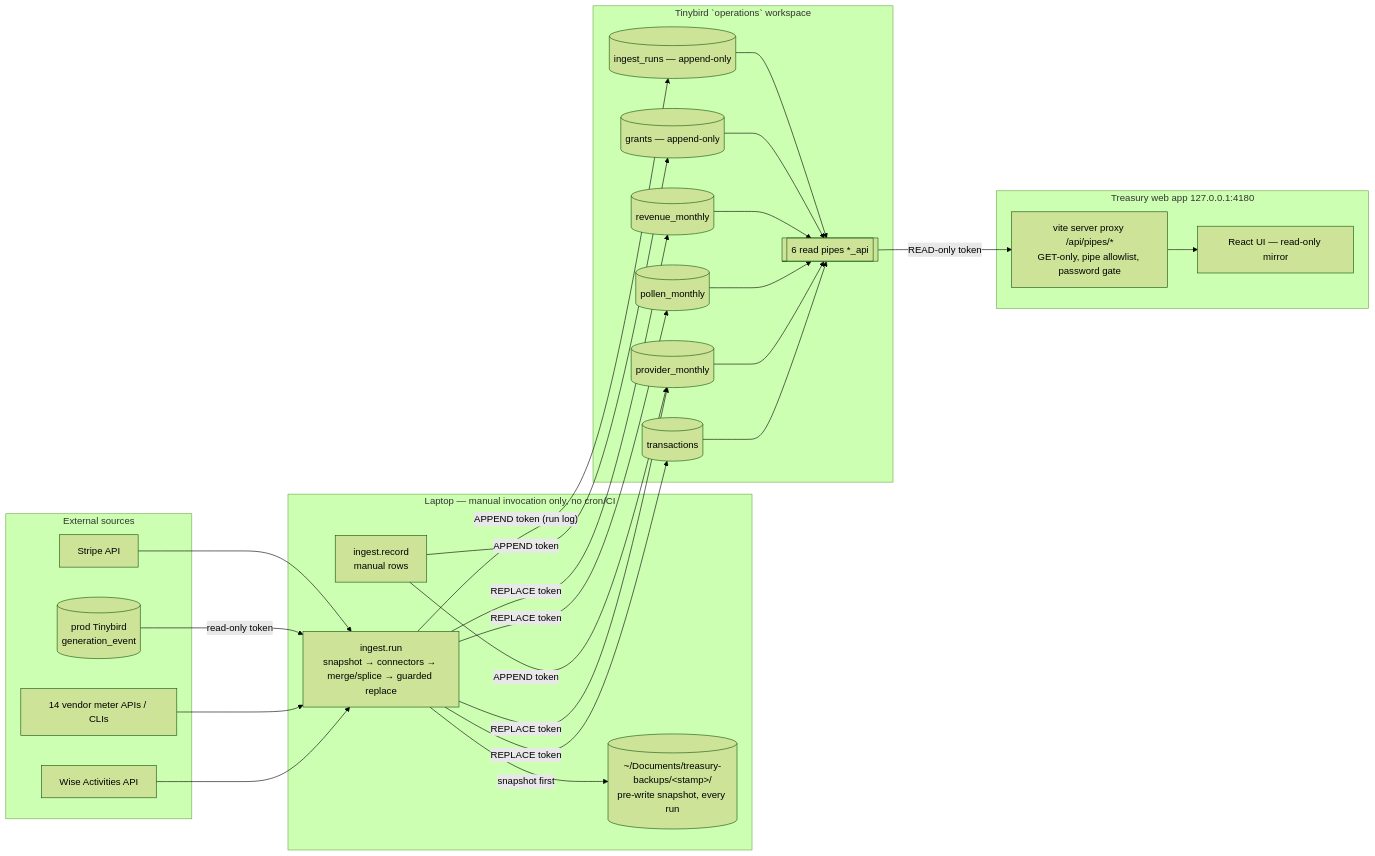
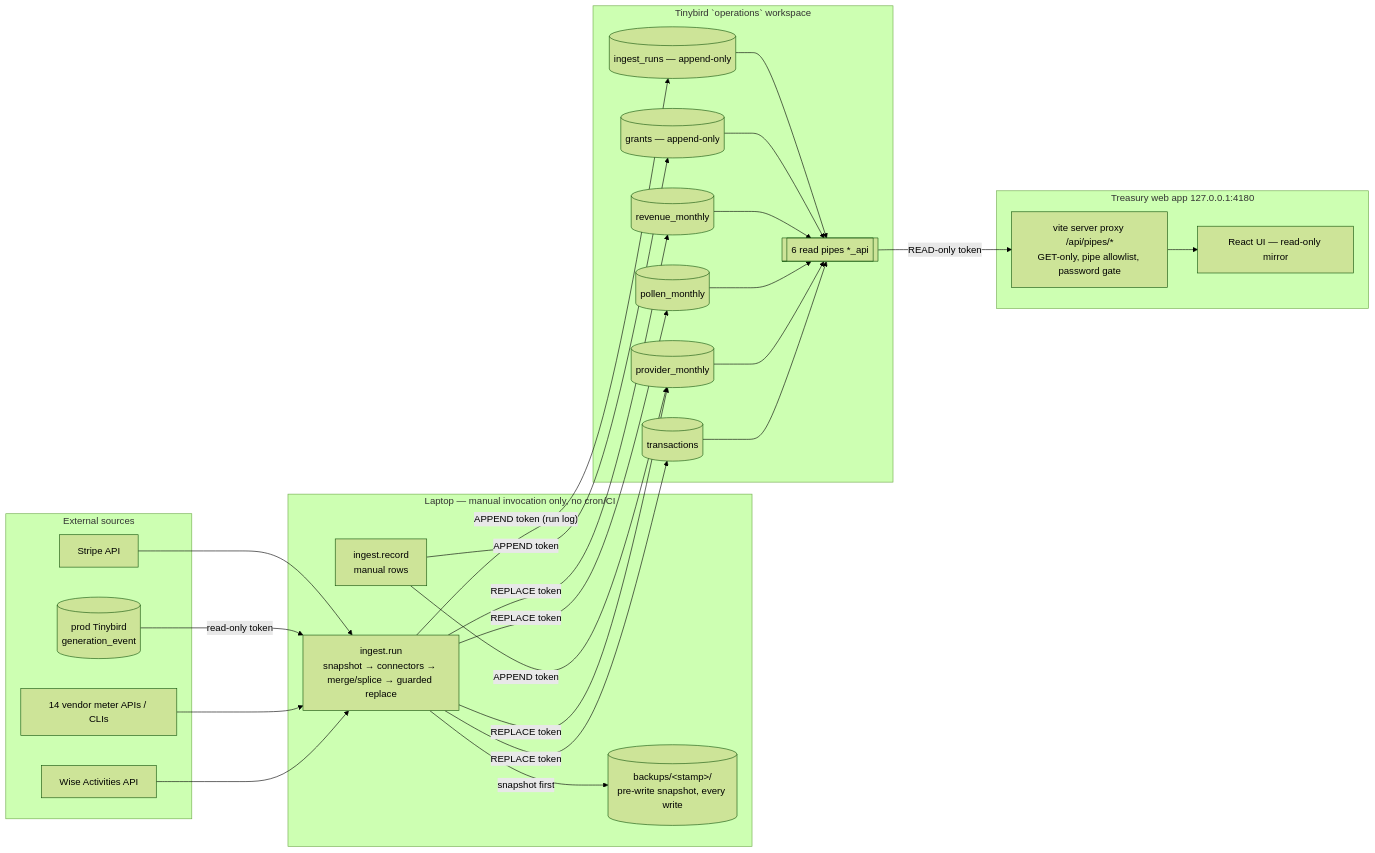
Before and after one commit to pollinations/pollinations: the diagram in apps/operation/forager/README.md, drawn with Mermaid (forest theme). The commit also changed other lines of this file and 14 other files, not shown here.

````diff
--- a/apps/operation/forager/README.md
+++ b/apps/operation/forager/README.md
@@ -10,42 +10,42 @@
 ```mermaid
 flowchart LR
     subgraph SRC [External sources]
         WISE[Wise Activities API]
         VEND[14 vendor meter APIs / CLIs]
         PROD[(prod Tinybird<br/>generation_event)]
         STRIPE[Stripe API]
     end
 
     subgraph LAPTOP [Laptop — manual invocation only, no cron/CI]
         RUN["ingest.run<br/>snapshot → connectors → merge/splice → guarded replace"]
         REC["ingest.record<br/>manual rows"]
-        BAK[("~/Documents/treasury-backups/&lt;stamp&gt;/<br/>pre-write snapshot, every run")]
+        BAK[("backups/&lt;stamp&gt;/<br/>pre-write snapshot, every write")]
     end
 
     subgraph OPS [Tinybird `operations` workspace]
         T1[(transactions)]
         T2[(provider_monthly)]
         T3[(pollen_monthly)]
         T4[(revenue_monthly)]
         T5[(grants — append-only)]
         T6[(ingest_runs — append-only)]
         PIPES[["6 read pipes *_api"]]
     end
 
     subgraph APP [Treasury web app 127.0.0.1:4180]
         PROXY["vite server proxy /api/pipes/*<br/>GET-only, pipe allowlist, password gate"]
         UI[React UI — read-only mirror]
     end
 
     WISE --> RUN
     VEND --> RUN
     PROD -- "read-only token" --> RUN
     STRIPE --> RUN
     RUN -- "snapshot first" --> BAK
     RUN -- "REPLACE token" --> T1 & T2 & T3 & T4
     RUN -- "APPEND token (run log)" --> T6
     REC -- "APPEND token" --> T2 & T5
     T1 & T2 & T3 & T4 & T5 & T6 --> PIPES
     PIPES -- "READ-only token" --> PROXY
     PROXY --> UI
 ```
````
